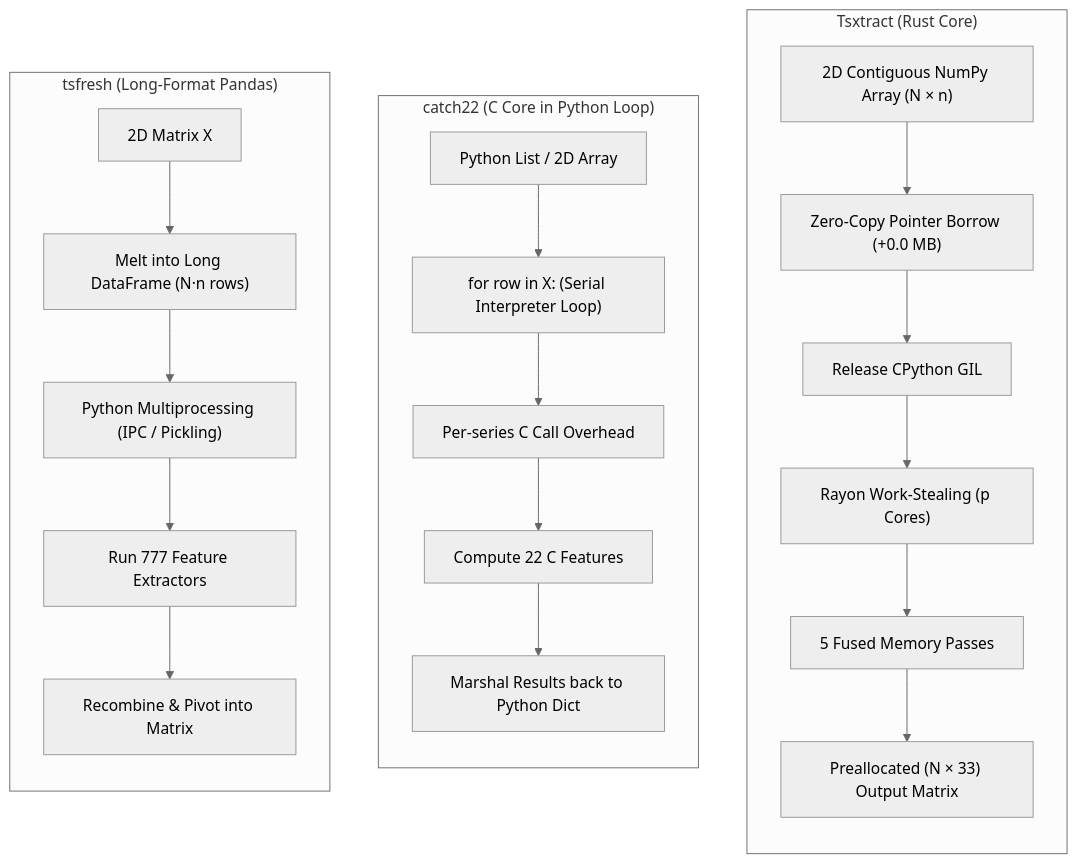
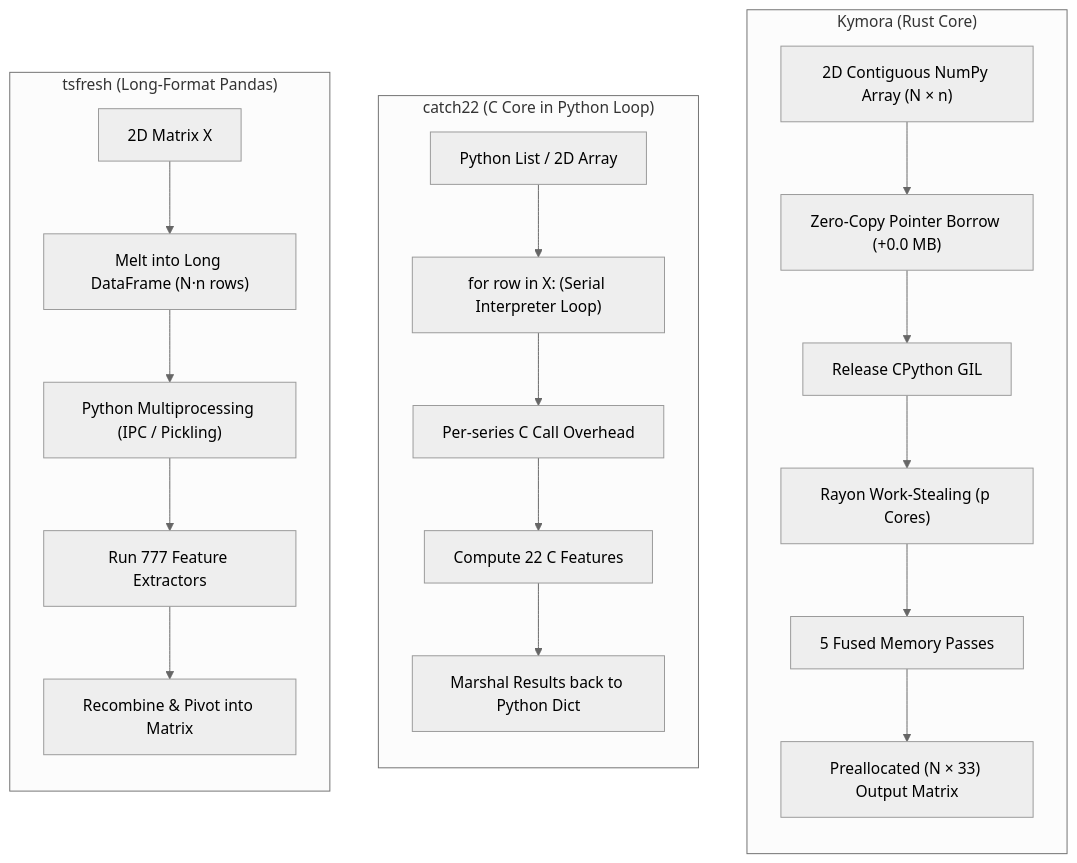
Before and after one commit to Aamodx6/Kymora: the diagram in landing/src/docs/content/benchmarks.md, drawn with Mermaid (neutral theme). The commit also changed other lines of this file and 132 other files, not shown here.

First line of the commit message:
feat(rename-kymora): Phase 4 scripted rename tsxtract -> Kymora (bare name, 0.7.0)

````diff
--- a/landing/src/docs/content/benchmarks.md
+++ b/landing/src/docs/content/benchmarks.md
@@ -49,27 +49,27 @@
 ```mermaid
 flowchart TD
-    subgraph TSX["Tsxtract (Rust Core)"]
+    subgraph TSX["Kymora (Rust Core)"]
         direction TB
         T_IN["2D Contiguous NumPy Array (N × n)"] --> T_FFI["Zero-Copy Pointer Borrow (+0.0 MB)"]
         T_FFI --> T_GIL["Release CPython GIL"]
         T_GIL --> T_RAYON["Rayon Work-Stealing (p Cores)"]
         T_RAYON --> T_FUSE["5 Fused Memory Passes"]
         T_FUSE --> T_OUT["Preallocated (N × 33) Output Matrix"]
     end
 
     subgraph C22["catch22 (C Core in Python Loop)"]
         direction TB
         C_IN["Python List / 2D Array"] --> C_LOOP["for row in X: (Serial Interpreter Loop)"]
         C_LOOP --> C_FFI["Per-series C Call Overhead"]
         C_FFI --> C_CORE["Compute 22 C Features"]
         C_CORE --> C_PY["Marshal Results back to Python Dict"]
     end
 
     subgraph TSF["tsfresh (Long-Format Pandas)"]
         direction TB
         M_IN["2D Matrix X"] --> M_MELT["Melt into Long DataFrame (N·n rows)"]
         M_MELT --> M_IPC["Python Multiprocessing (IPC / Pickling)"]
         M_IPC --> M_EXEC["Run 777 Feature Extractors"]
         M_EXEC --> M_JOIN["Recombine & Pivot into Matrix"]
     end
 ```
````
